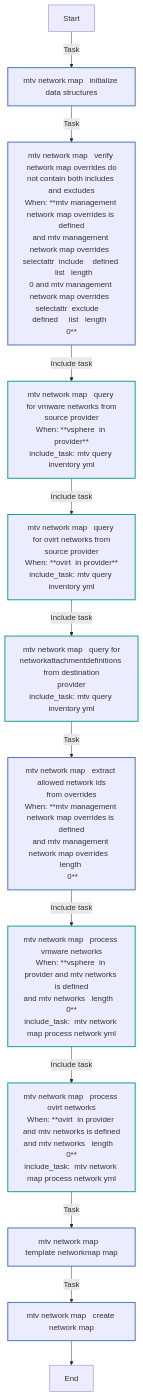
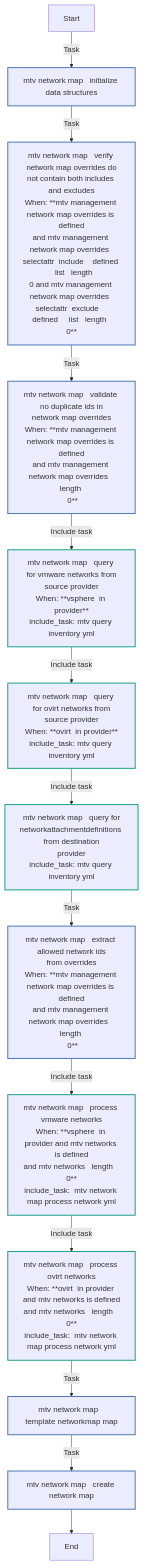
The first of 12 diagrams in roles/mtv_management/README.md (albertoflorez/openshift_virtualization_migration), drawn with Mermaid before and after one commit. The commit also changed other lines of this file and 1 other file, not shown here.

Commit message:
fix: add explicit parens for Jinja2 filter precedence in NAD namespace query

````diff
--- a/roles/mtv_management/README.md
+++ b/roles/mtv_management/README.md
@@ -281,24 +282,25 @@
 ```mermaid
 flowchart TD
 Start
 classDef block stroke:#3498db,stroke-width:2px;
 classDef task stroke:#4b76bb,stroke-width:2px;
 classDef includeTasks stroke:#16a085,stroke-width:2px;
 classDef importTasks stroke:#34495e,stroke-width:2px;
 classDef includeRole stroke:#2980b9,stroke-width:2px;
 classDef importRole stroke:#699ba7,stroke-width:2px;
 classDef includeVars stroke:#8e44ad,stroke-width:2px;
 classDef rescue stroke:#665352,stroke-width:2px;
 
   Start-->|Task| _mtv_network_map___Initialize_data_structures0[ mtv network map   initialize data structures]:::task
   _mtv_network_map___Initialize_data_structures0-->|Task| _mtv_network_map___Verify_Network_Map_Overrides_do_not_contain_both_includes_and_excludes1[ mtv network map   verify network map overrides do<br>not contain both includes and excludes<br>When: **mtv management network map overrides is defined<br>and mtv management network map overrides  <br>selectattr  include    defined     list   length  <br>0 and mtv management network map overrides  <br>selectattr  exclude    defined     list   length  <br>0**]:::task
-  _mtv_network_map___Verify_Network_Map_Overrides_do_not_contain_both_includes_and_excludes1-->|Include task| _mtv_network_map___Query_for_VMWare_Networks_from_Source_Provider_mtv_query_inventory_yml_2[ mtv network map   query for vmware networks from<br>source provider<br>When: **vsphere  in provider**<br>include_task: mtv query inventory yml]:::includeTasks
-  _mtv_network_map___Query_for_VMWare_Networks_from_Source_Provider_mtv_query_inventory_yml_2-->|Include task| _mtv_network_map___Query_for_Ovirt_Networks_from_Source_Provider_mtv_query_inventory_yml_3[ mtv network map   query for ovirt networks from<br>source provider<br>When: **ovirt  in provider**<br>include_task: mtv query inventory yml]:::includeTasks
-  _mtv_network_map___Query_for_Ovirt_Networks_from_Source_Provider_mtv_query_inventory_yml_3-->|Include task| _mtv_network_map___Query_for_NetworkAttachmentDefinitions_from_Destination_Provider_mtv_query_inventory_yml_4[ mtv network map   query for<br>networkattachmentdefinitions from destination<br>provider<br>include_task: mtv query inventory yml]:::includeTasks
-  _mtv_network_map___Query_for_NetworkAttachmentDefinitions_from_Destination_Provider_mtv_query_inventory_yml_4-->|Task| _mtv_network_map___Extract_allowed_network_IDs_from_overrides5[ mtv network map   extract allowed network ids<br>from overrides<br>When: **mtv management network map overrides is defined<br>and mtv management network map overrides   length <br> 0**]:::task
-  _mtv_network_map___Extract_allowed_network_IDs_from_overrides5-->|Include task| _mtv_network_map___Process_VMware_Networks__mtv_network_map_process_network_yml_6[ mtv network map   process vmware networks<br>When: **vsphere  in provider and mtv networks is defined<br>and mtv networks   length   0**<br>include_task:  mtv network map process network yml]:::includeTasks
-  _mtv_network_map___Process_VMware_Networks__mtv_network_map_process_network_yml_6-->|Include task| _mtv_network_map___Process_Ovirt_Networks__mtv_network_map_process_network_yml_7[ mtv network map   process ovirt networks<br>When: **ovirt  in provider and mtv networks is defined<br>and mtv networks   length   0**<br>include_task:  mtv network map process network yml]:::includeTasks
-  _mtv_network_map___Process_Ovirt_Networks__mtv_network_map_process_network_yml_7-->|Task| _mtv_network_map___Template_NetworkMap_Map8[ mtv network map   template networkmap map]:::task
-  _mtv_network_map___Template_NetworkMap_Map8-->|Task| _mtv_network_map___Create_Network_Map9[ mtv network map   create network map]:::task
-  _mtv_network_map___Create_Network_Map9-->End
+  _mtv_network_map___Verify_Network_Map_Overrides_do_not_contain_both_includes_and_excludes1-->|Task| _mtv_network_map___Validate_no_duplicate_IDs_in_network_map_overrides2[ mtv network map   validate no duplicate ids in<br>network map overrides<br>When: **mtv management network map overrides is defined<br>and mtv management network map overrides   length <br> 0**]:::task
+  _mtv_network_map___Validate_no_duplicate_IDs_in_network_map_overrides2-->|Include task| _mtv_network_map___Query_for_VMWare_Networks_from_Source_Provider_mtv_query_inventory_yml_3[ mtv network map   query for vmware networks from<br>source provider<br>When: **vsphere  in provider**<br>include_task: mtv query inventory yml]:::includeTasks
+  _mtv_network_map___Query_for_VMWare_Networks_from_Source_Provider_mtv_query_inventory_yml_3-->|Include task| _mtv_network_map___Query_for_Ovirt_Networks_from_Source_Provider_mtv_query_inventory_yml_4[ mtv network map   query for ovirt networks from<br>source provider<br>When: **ovirt  in provider**<br>include_task: mtv query inventory yml]:::includeTasks
+  _mtv_network_map___Query_for_Ovirt_Networks_from_Source_Provider_mtv_query_inventory_yml_4-->|Include task| _mtv_network_map___Query_for_NetworkAttachmentDefinitions_from_Destination_Provider_mtv_query_inventory_yml_5[ mtv network map   query for<br>networkattachmentdefinitions from destination<br>provider<br>include_task: mtv query inventory yml]:::includeTasks
+  _mtv_network_map___Query_for_NetworkAttachmentDefinitions_from_Destination_Provider_mtv_query_inventory_yml_5-->|Task| _mtv_network_map___Extract_allowed_network_IDs_from_overrides6[ mtv network map   extract allowed network ids<br>from overrides<br>When: **mtv management network map overrides is defined<br>and mtv management network map overrides   length <br> 0**]:::task
+  _mtv_network_map___Extract_allowed_network_IDs_from_overrides6-->|Include task| _mtv_network_map___Process_VMware_Networks__mtv_network_map_process_network_yml_7[ mtv network map   process vmware networks<br>When: **vsphere  in provider and mtv networks is defined<br>and mtv networks   length   0**<br>include_task:  mtv network map process network yml]:::includeTasks
+  _mtv_network_map___Process_VMware_Networks__mtv_network_map_process_network_yml_7-->|Include task| _mtv_network_map___Process_Ovirt_Networks__mtv_network_map_process_network_yml_8[ mtv network map   process ovirt networks<br>When: **ovirt  in provider and mtv networks is defined<br>and mtv networks   length   0**<br>include_task:  mtv network map process network yml]:::includeTasks
+  _mtv_network_map___Process_Ovirt_Networks__mtv_network_map_process_network_yml_8-->|Task| _mtv_network_map___Template_NetworkMap_Map9[ mtv network map   template networkmap map]:::task
+  _mtv_network_map___Template_NetworkMap_Map9-->|Task| _mtv_network_map___Create_Network_Map10[ mtv network map   create network map]:::task
+  _mtv_network_map___Create_Network_Map10-->End
 ```
````
